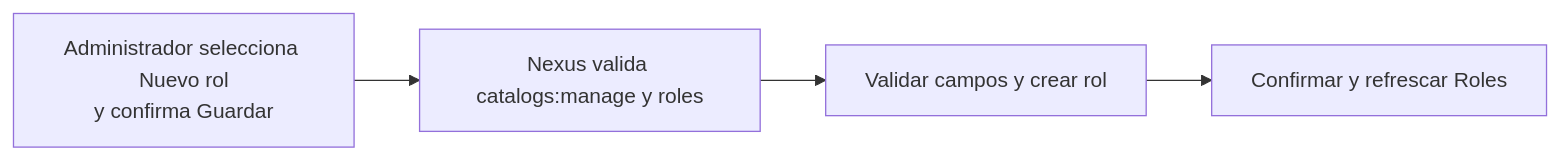
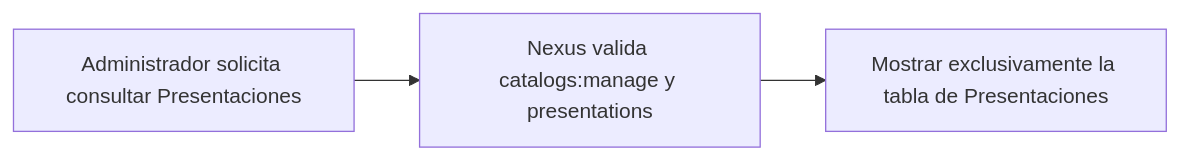
One commit to gpgsistemas01/nexus changed the diagram in docs/requirements/diagrams/catalogs/cu-cat-31.md. Above: the diagram before and after it, drawn with Mermaid. The commit also changed other lines of this file and 207 other files, not shown here.

````diff
--- a/docs/requirements/diagrams/catalogs/cu-cat-31.md
+++ b/docs/requirements/diagrams/catalogs/cu-cat-31.md
@@ -3,6 +3,5 @@
 ```mermaid
 flowchart LR
-    request["Administrador selecciona Nuevo rol<br/>y confirma Guardar"] --> authorize["Nexus valida catalogs:manage y roles"]
-    authorize --> persist["Validar campos y crear rol"]
-    persist --> result["Confirmar y refrescar Roles"]
+    request["Administrador solicita consultar Presentaciones"] --> authorize["Nexus valida catalogs:manage y presentations"]
+    authorize --> result["Mostrar exclusivamente la tabla de Presentaciones"]
 ```
````
